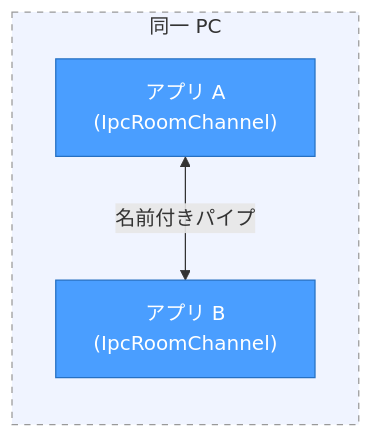
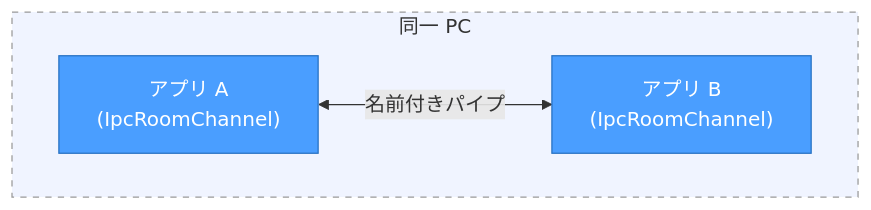
Before and after one commit to jun8k2003/RCOM13162: the first of 4 diagrams in README.md, drawn with Mermaid. The commit also changed other lines of this file, not shown here.

````diff
--- a/README.md
+++ b/README.md
@@ -41,10 +41,10 @@
 ```mermaid
-graph LR
+graph TD
     subgraph PC["同一 PC"]
         A["アプリ A<br/>(IpcRoomChannel)"] <-->|名前付きパイプ| B["アプリ B<br/>(IpcRoomChannel)"]
     end
 
     style A fill:#4a9eff,stroke:#2670c2,color:#fff
     style B fill:#4a9eff,stroke:#2670c2,color:#fff
     style PC fill:#f0f4ff,stroke:#999,stroke-dasharray:5 5,color:#333
 ```
````
